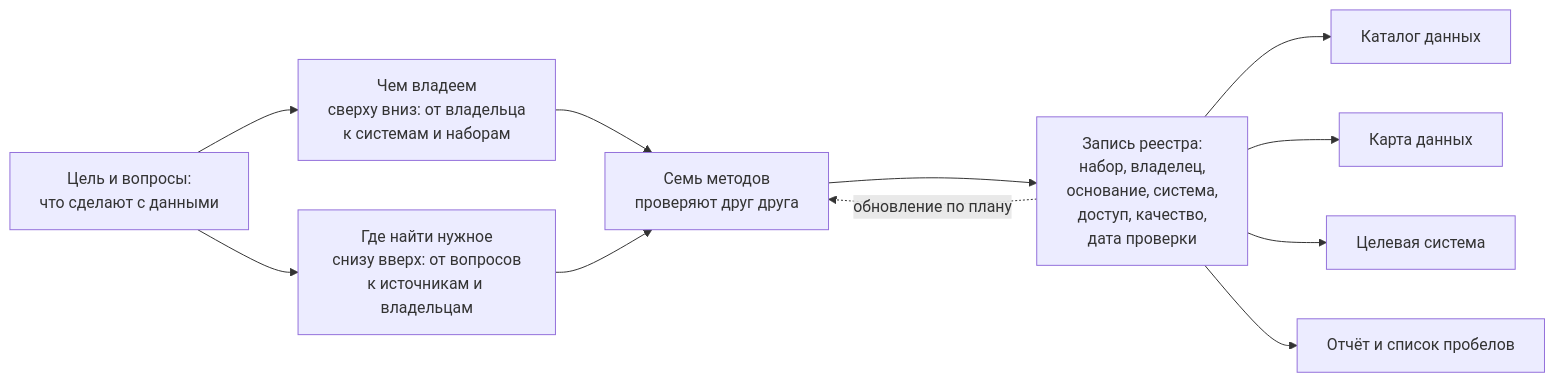
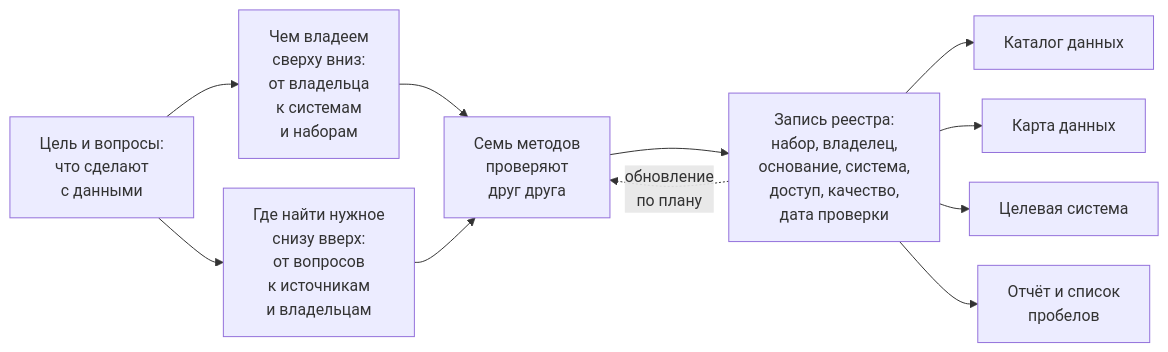
The diagram in docs/01-basics/01-what-is-data-inventory.md (ivbeg/data-inventory), drawn with Mermaid before and after one commit. The commit also changed 34 other files, not shown here.

First line of the commit message:
Читаемая карта от продукта и единый размер схем в PDF

````diff
--- a/docs/01-basics/01-what-is-data-inventory.md
+++ b/docs/01-basics/01-what-is-data-inventory.md
@@ -11,14 +11,22 @@
 ```mermaid
+---
+config:
+  layout: dagre
+  flowchart:
+    rankSpacing: 30
+    nodeSpacing: 30
+    minNodeWidth: 40
+---
 flowchart LR
-  G["Цель и вопросы:<br/>что сделают с данными"]
-  G --> A1["Чем владеем<br/>сверху вниз: от владельца<br/>к системам и наборам"]
-  G --> A2["Где найти нужное<br/>снизу вверх: от вопросов<br/>к источникам и владельцам"]
-  A1 --> M["Семь методов<br/>проверяют друг друга"]
+  G["Цель и вопросы:<br/>что сделают<br/>с данными"]
+  G --> A1["Чем владеем<br/>сверху вниз:<br/>от владельца<br/>к системам<br/>и наборам"]
+  G --> A2["Где найти нужное<br/>снизу вверх:<br/>от вопросов<br/>к источникам<br/>и владельцам"]
+  A1 --> M["Семь методов<br/>проверяют<br/>друг друга"]
   A2 --> M
   M --> R["Запись реестра:<br/>набор, владелец,<br/>основание, система,<br/>доступ, качество,<br/>дата проверки"]
   R --> C["Каталог данных"]
   R --> K["Карта данных"]
   R --> T["Целевая система"]
-  R --> O["Отчёт и список пробелов"]
-  R -. "обновление по плану" .-> M
+  R --> O["Отчёт и список<br/>пробелов"]
+  R -. "обновление<br/>по плану" .-> M
 ```
````
